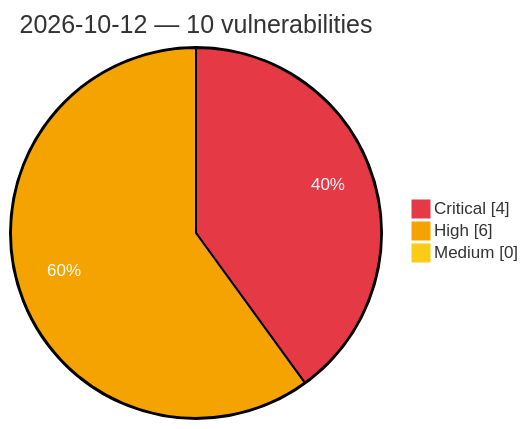
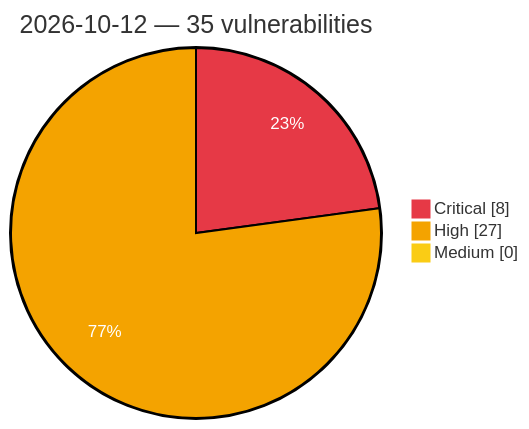
Before and after one commit to GhostX0X/vuln-tracker: the diagram in vulnerabilities/2026/October/2026-10-12.md, drawn with Mermaid. The commit also changed other lines of this file and 5 other files, not shown here.

Commit message:
Auto update: critical/high vulns (2026-10-12 19:02 UTC)

````diff
--- a/vulnerabilities/2026/October/2026-10-12.md
+++ b/vulnerabilities/2026/October/2026-10-12.md
@@ -3,8 +3,8 @@
 ```mermaid
 %%{init: {'theme':'base', 'themeVariables': {'pie1':'#e63946', 'pie2':'#f4a300', 'pie3':'#facc15', 'pieOpacity':'1', 'pieOuterStrokeWidth':'2px', 'pieSectionTextColor':'#ffffff'}}}%%
 pie showData
-    title 2026-10-12 — 10 vulnerabilities
-    "Critical" : 4
-    "High" : 6
+    title 2026-10-12 — 35 vulnerabilities
+    "Critical" : 8
+    "High" : 27
     "Medium" : 0
 ```
````
